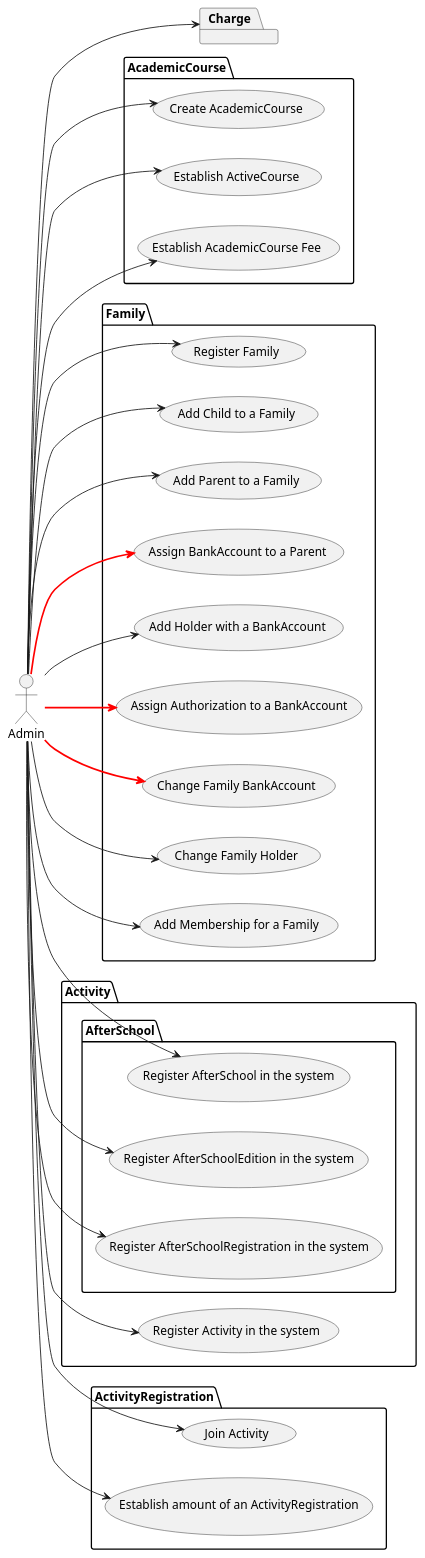
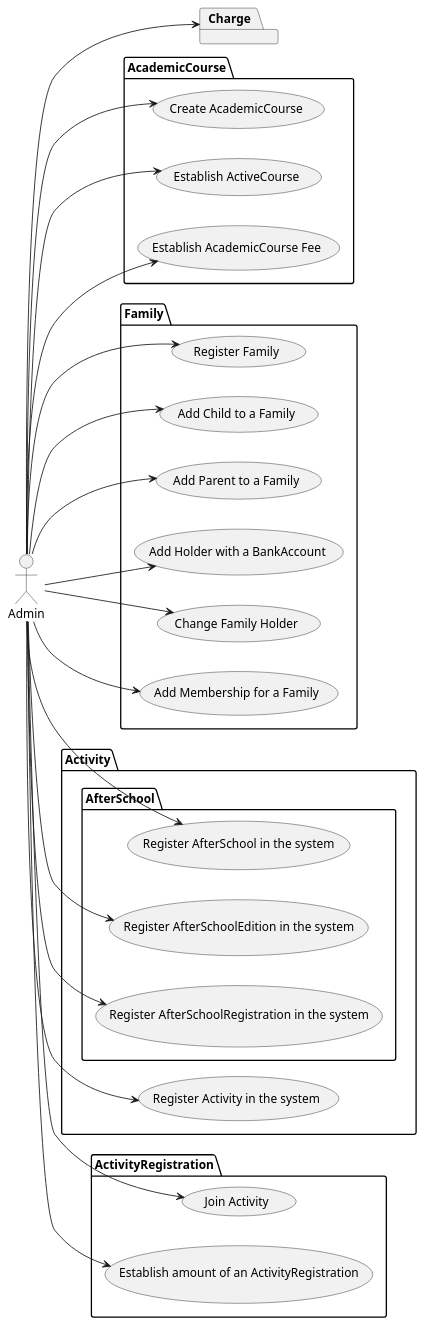
Before and after one commit to IgnacioMaestro/ampa-manager: the diagram in doc/UseCasesDiagram/UseCasesDiagram.puml, drawn with PlantUML. The commit also changed 1 other file, not shown here.

Commit message:
feat: correct holder admin

```diff
--- a/doc/UseCasesDiagram/UseCasesDiagram.puml
+++ b/doc/UseCasesDiagram/UseCasesDiagram.puml
@@ -1,36 +1,33 @@
 @startuml
 left to right direction
 actor Admin
 package AcademicCourse{
     Admin --> (Create AcademicCourse)
     Admin --> (Establish ActiveCourse)
     Admin --> (Establish AcademicCourse Fee)
 }
 package Family {
     Admin --> (Register Family)
     Admin --> (Add Child to a Family)
     Admin --> (Add Parent to a Family)
-    Admin --> (Assign BankAccount to a Parent) #line:red;line.bold
     Admin --> (Add Holder with a BankAccount)
-    Admin --> (Assign Authorization to a BankAccount) #line:red;line.bold
-    Admin --> (Change Family BankAccount) #line:red;line.bold
     Admin --> (Change Family Holder)
     Admin --> (Add Membership for a Family)
 }
 package Activity {
     Admin --> (Register Activity in the system)
 
     package AfterSchool {
         Admin --> (Register AfterSchool in the system)
         Admin --> (Register AfterSchoolEdition in the system)
         Admin --> (Register AfterSchoolRegistration in the system)
     }
 }
 package ActivityRegistration {
     Admin --> (Join Activity)
     Admin --> (Establish amount of an ActivityRegistration)
 }
 package Charge {
 }
 Admin --> Charge
 @enduml
```
